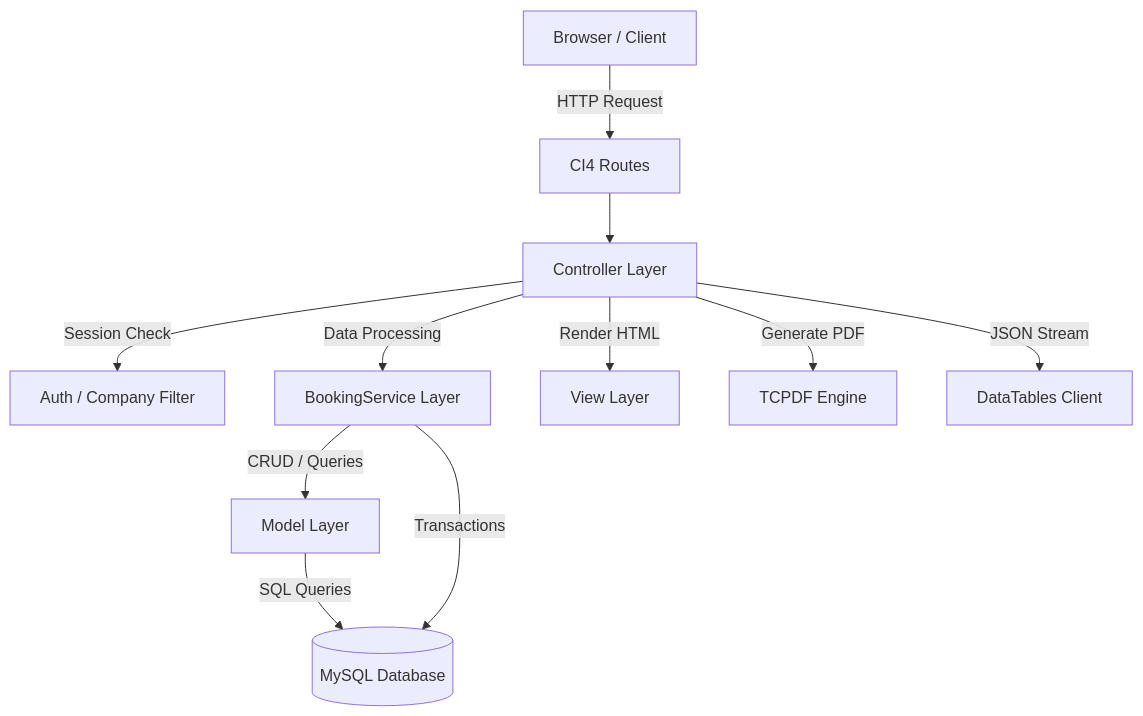
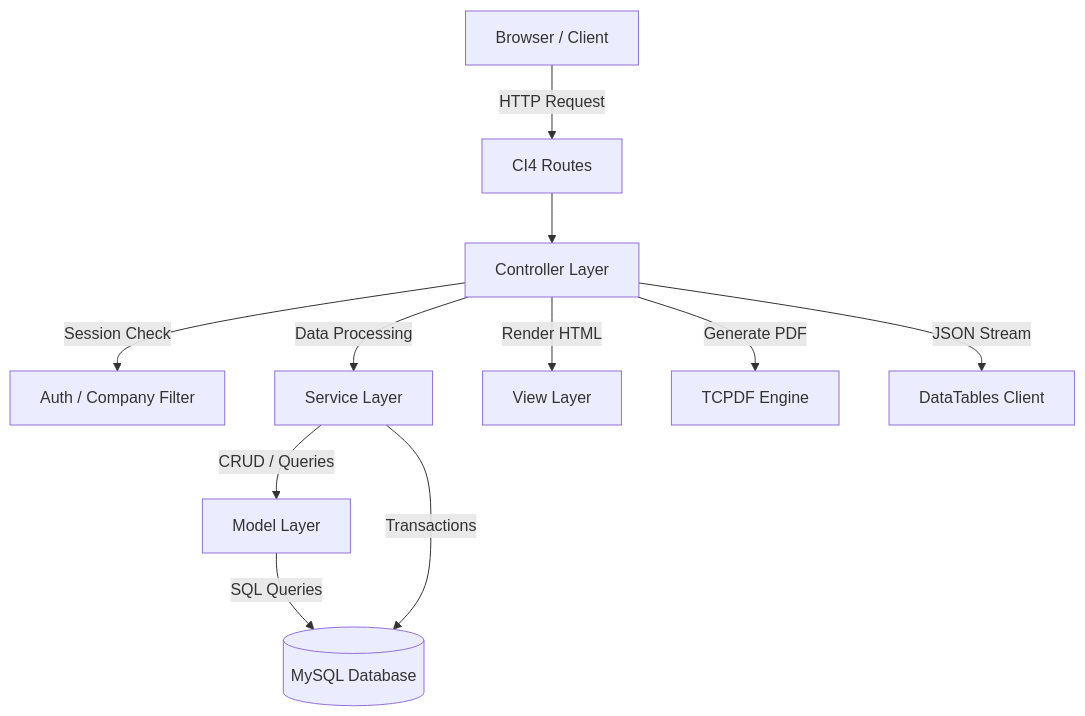
Before and after one commit to BhupendraWatti/MA-Logistics: the diagram in docs/architecture.md, drawn with Mermaid. The commit also changed other lines of this file and 36 other files, not shown here.

````diff
--- a/docs/architecture.md
+++ b/docs/architecture.md
@@ -11,13 +11,13 @@
 ```mermaid
 graph TD
     Client[Browser / Client] -->|HTTP Request| Router[CI4 Routes]
     Router --> Controller[Controller Layer]
     Controller -->|Session Check| AuthFilter[Auth / Company Filter]
-    Controller -->|Data Processing| Service[BookingService Layer]
+    Controller -->|Data Processing| Service[Service Layer]
     Service -->|CRUD / Queries| Models[Model Layer]
     Models -->|SQL Queries| DB[(MySQL Database)]
     Service -->|Transactions| DB
     Controller -->|Render HTML| View[View Layer]
     Controller -->|Generate PDF| TCPDF[TCPDF Engine]
     Controller -->|JSON Stream| DataTables[DataTables Client]
 ```
````
